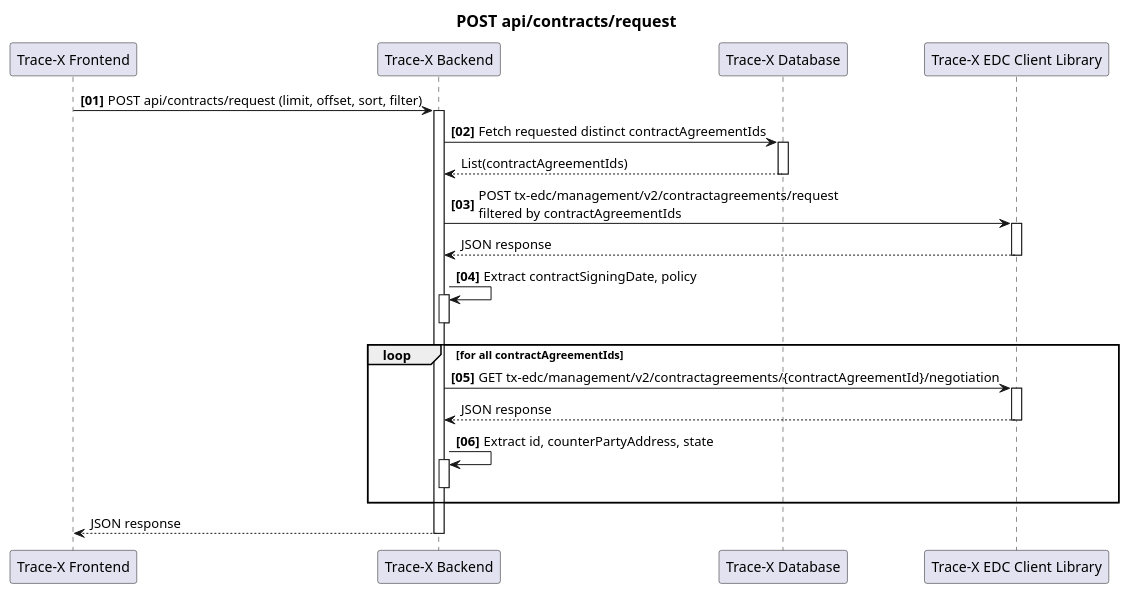
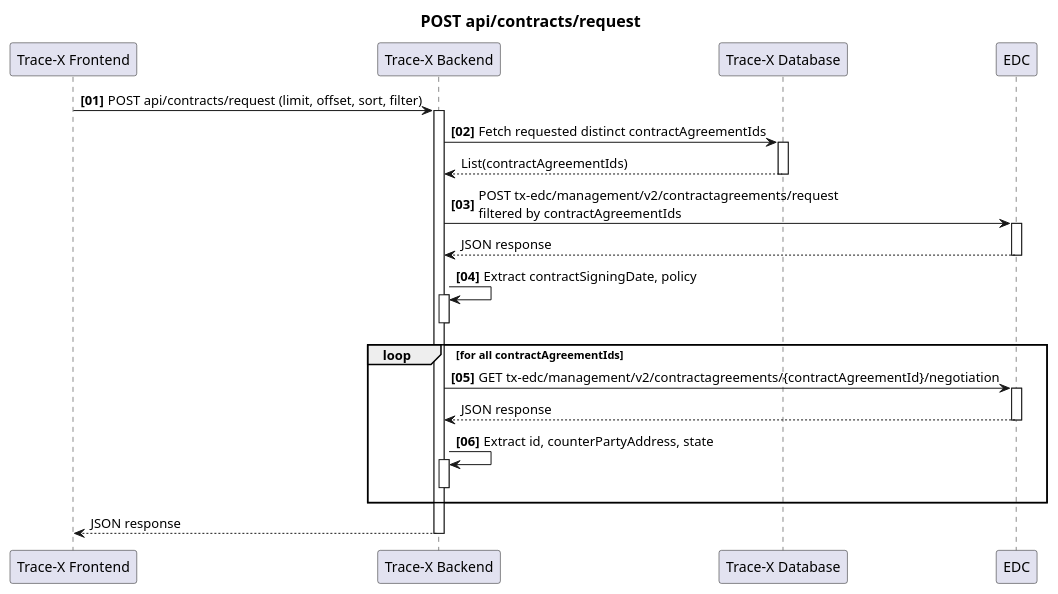
The diagram in docs/concept/#638-contractagreement-admin-view/get-all-contracts-sequenceflow.puml (eclipse-tractusx/traceability-foss), drawn with PlantUML before and after one commit. The commit also changed 3 other files, not shown here.

```diff
--- a/docs/concept/#638-contractagreement-admin-view/get-all-contracts-sequenceflow.puml
+++ b/docs/concept/#638-contractagreement-admin-view/get-all-contracts-sequenceflow.puml
@@ -1,50 +1,50 @@
 @startuml
 title
     ==POST api/contracts/request
 end title
 
 autonumber "<B>[00]"
 
 participant "Trace-X Frontend" as FE order 0
 participant "Trace-X Backend" as BE order 1
 participant "Trace-X Database" as DB order 2
-participant "Trace-X EDC Client Library" as EDC order 3
+participant "EDC" as EDC order 3
 
 FE -> BE: POST api/contracts/request (limit, offset, sort, filter)
 
 activate BE
 BE -> DB: Fetch requested distinct contractAgreementIds
 activate DB
 autonumber stop
 DB --> BE: List(contractAgreementIds)
 autonumber resume
 deactivate DB
 
 BE -> EDC: POST tx-edc/management/v2/contractagreements/request \nfiltered by contractAgreementIds
 activate EDC
 autonumber stop
 EDC --> BE: JSON response
 autonumber resume
 deactivate EDC
 BE -> BE: Extract contractSigningDate, policy
 activate BE
 deactivate BE
 
 loop for all contractAgreementIds
 BE -> EDC: GET tx-edc/management/v2/contractagreements/{contractAgreementId}/negotiation
 activate EDC
 autonumber stop
 EDC --> BE: JSON response
 autonumber resume
 deactivate EDC
 BE -> BE: Extract id, counterPartyAddress, state
 activate BE
 deactivate BE
 end
 
 autonumber stop
 BE --> FE: JSON response
 autonumber resume
 deactivate BE
 
 @enduml
```
